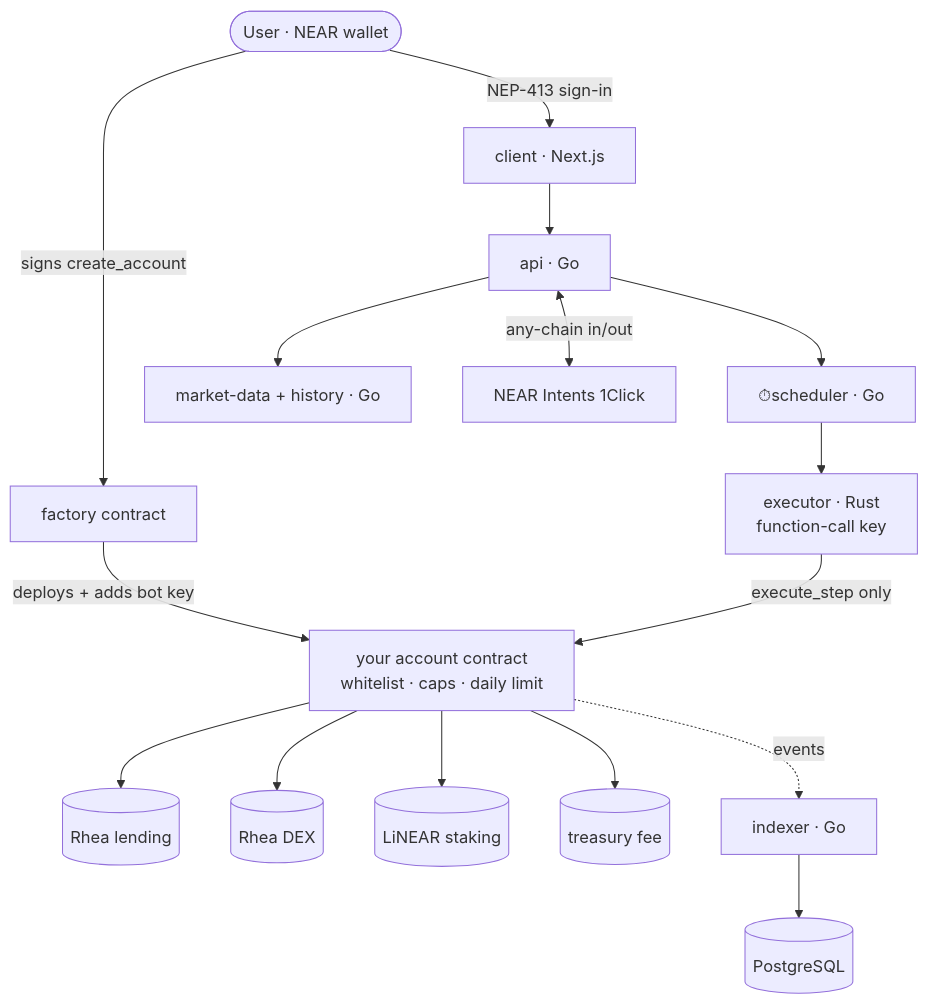
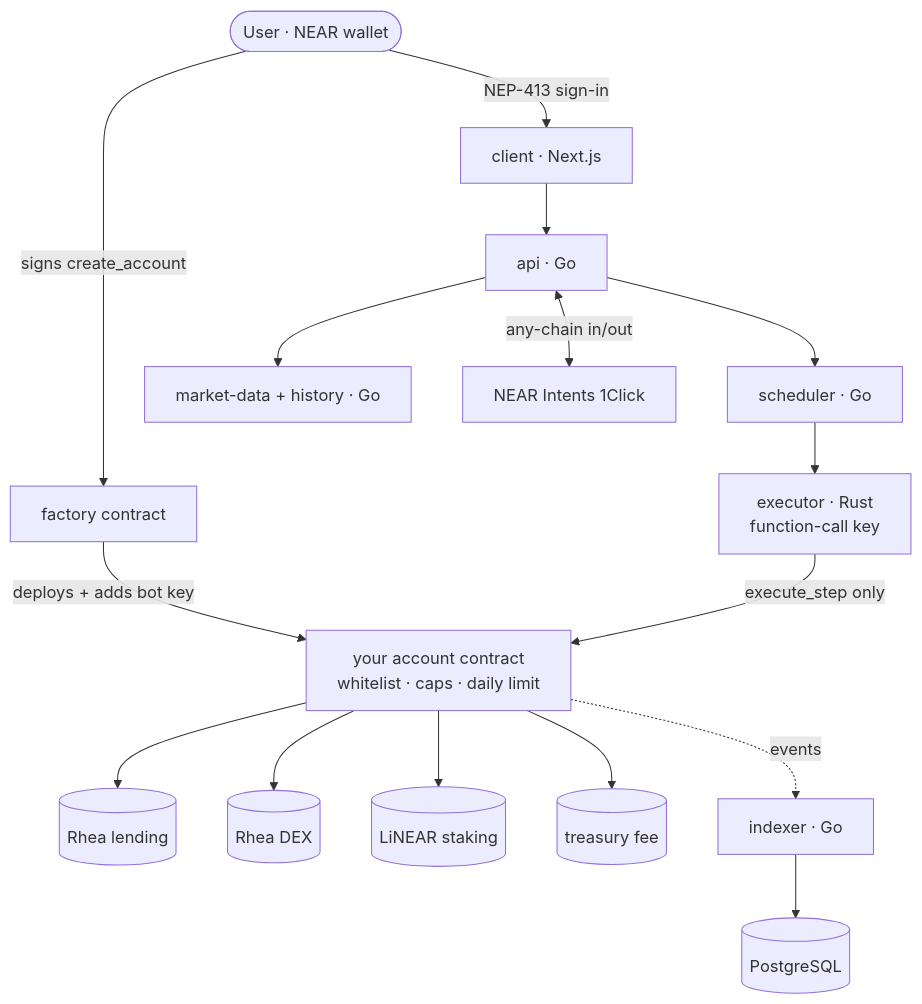
Before and after one commit to Debanjannnn/nearly: the diagram in README.md, drawn with Mermaid.

Commit message:
docs: drop last diagram emoji

````diff
--- a/README.md
+++ b/README.md
@@ -72,19 +72,19 @@
 ```mermaid
 flowchart TD
   U([User · NEAR wallet])
   U -->|NEP-413 sign-in| C[client · Next.js]
   U -->|signs create_account| F[factory contract]
   C --> API[api · Go]
-  API --> S[⏱scheduler · Go]
+  API --> S[scheduler · Go]
   API --> M[market-data + history · Go]
   API <-->|any-chain in/out| I[NEAR Intents 1Click]
   S --> X[executor · Rust<br/>function-call key]
   F -->|deploys + adds bot key| A[your account contract<br/>whitelist · caps · daily limit]
   X -->|execute_step only| A
   A --> L[(Rhea lending)]
   A --> D[(Rhea DEX)]
   A --> ST[(LiNEAR staking)]
   A --> T[(treasury fee)]
   A -.->|events| IX[indexer · Go]
   IX --> DB[(PostgreSQL)]
 ```
````
